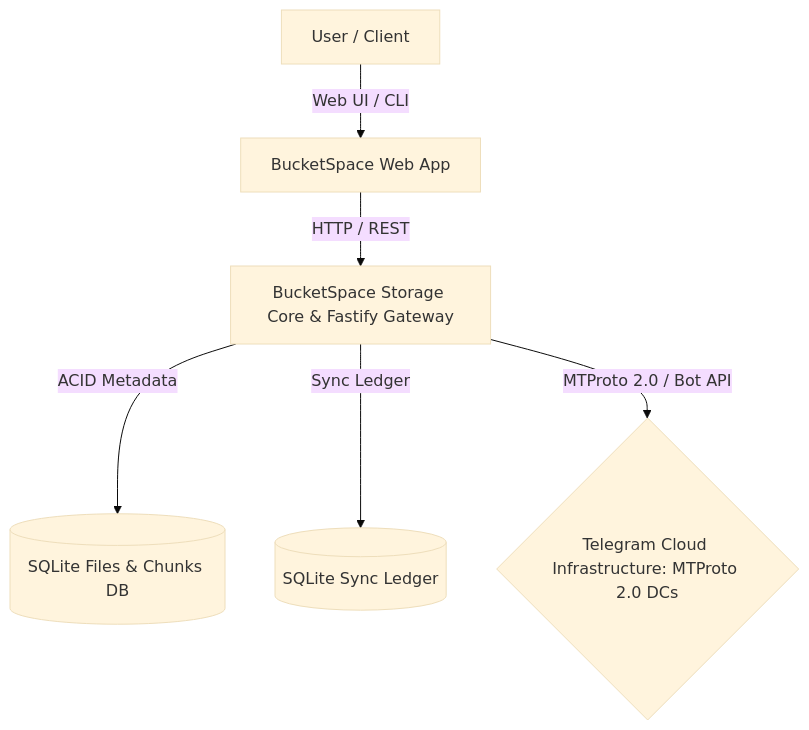
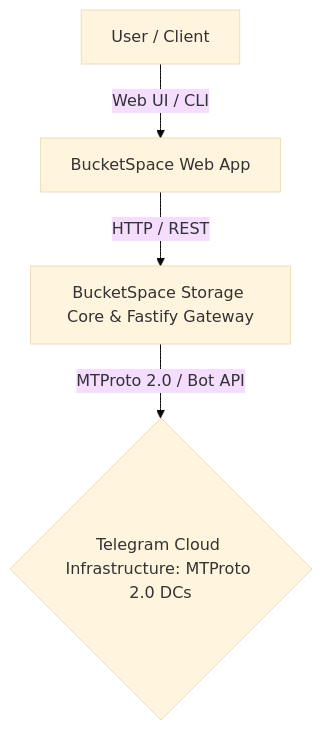
One commit to vanrajsinh650/BucketSpace changed the first of 3 diagrams in context/04_SYSTEM_ARCHITECTURE.md. Above: the diagram before and after it, drawn with Mermaid (base theme). The commit also changed other lines of this file and 7 other files, not shown here.

````diff
--- a/context/04_SYSTEM_ARCHITECTURE.md
+++ b/context/04_SYSTEM_ARCHITECTURE.md
@@ -18,8 +18,6 @@
 ```mermaid
 graph TD
     User[User / Client] -->|Web UI / CLI| App[BucketSpace Web App]
     App -->|HTTP / REST| Core[BucketSpace Storage Core & Fastify Gateway]
-    Core -->|ACID Metadata| SQLite[(SQLite Files & Chunks DB)]
-    Core -->|Sync Ledger| SyncDB[(SQLite Sync Ledger)]
     Core -->|MTProto 2.0 / Bot API| TelegramCloud{Telegram Cloud Infrastructure: MTProto 2.0 DCs}
 ```
````
